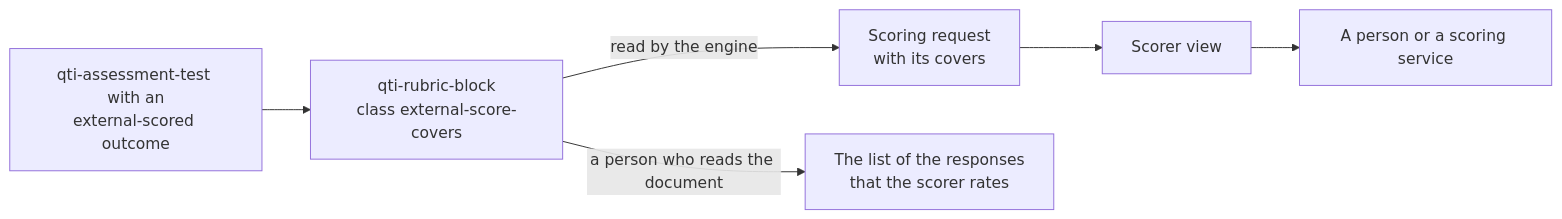
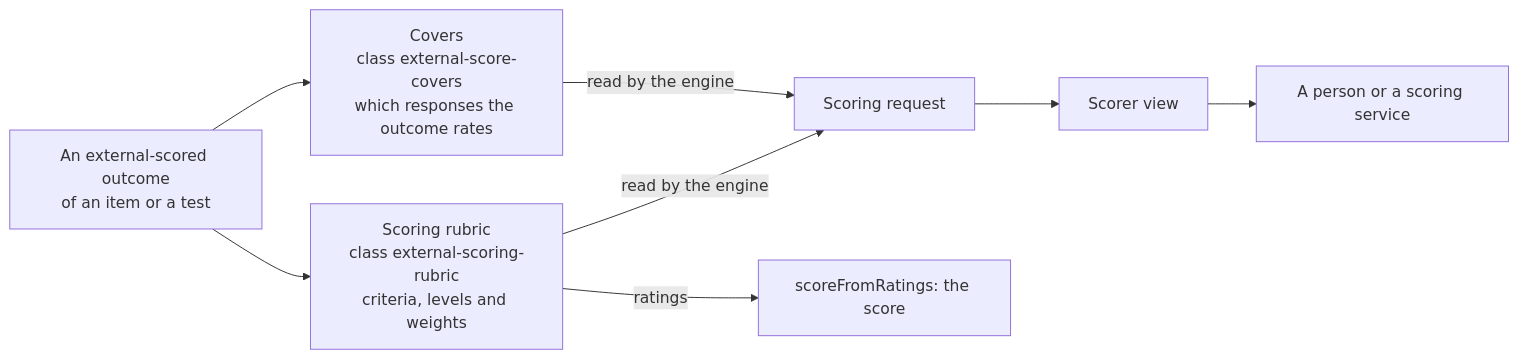
One commit to assesskit/assesskit changed the first of 3 diagrams in docs/runtime/conventions.md. Above: the diagram before and after it, drawn with Mermaid. The commit also changed other lines of this file and 14 other files, not shown here.

First line of the commit message:
Add the scoring rubric convention to asi

````diff
--- a/docs/runtime/conventions.md
+++ b/docs/runtime/conventions.md
@@ -7,8 +7,10 @@
 ```mermaid
 flowchart LR
-  test["qti-assessment-test with an<br/>external-scored outcome"] --> block["qti-rubric-block<br/>class external-score-covers"]
-  block -->|"read by the engine"| request["Scoring request<br/>with its covers"]
+  outcome["An external-scored outcome<br/>of an item or a test"] --> covers["Covers<br/>class external-score-covers<br/>which responses the outcome rates"]
+  outcome --> rubric["Scoring rubric<br/>class external-scoring-rubric<br/>criteria, levels and weights"]
+  covers -->|"read by the engine"| request["Scoring request"]
+  rubric -->|"read by the engine"| request
   request --> view["Scorer view"]
   view --> scorer["A person or a scoring service"]
-  block -->|"a person who reads the document"| list["The list of the responses<br/>that the scorer rates"]
+  rubric -->|"ratings"| score["scoreFromRatings: the score"]
 ```
````
